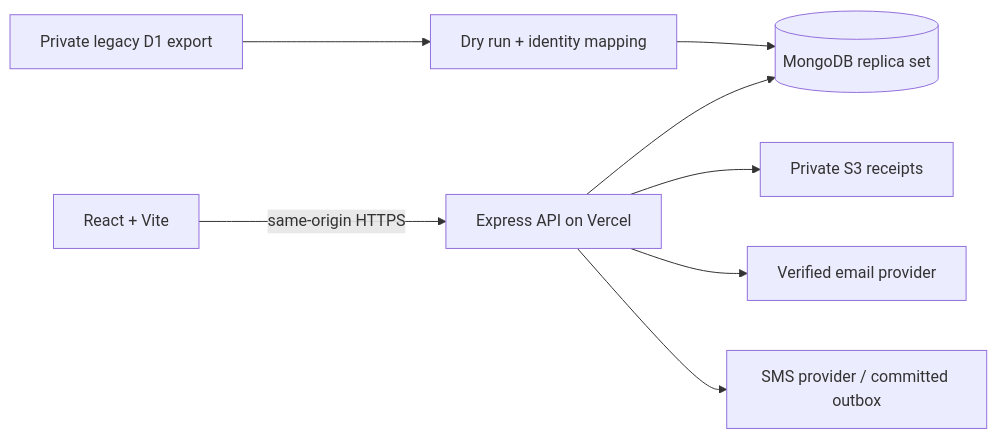
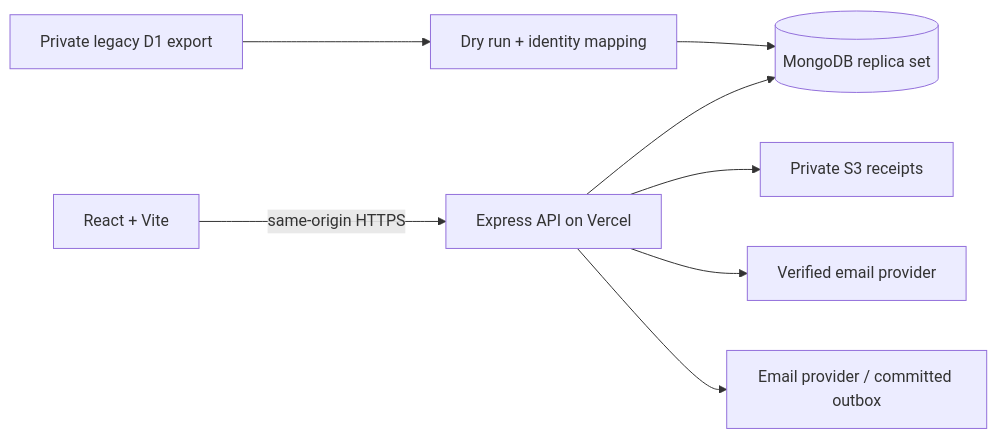
Before and after one commit to Khalid0858/messmate: the diagram in docs/MERN_API.md, drawn with Mermaid. The commit also changed other lines of this file and 13 other files, not shown here.

````diff
--- a/docs/MERN_API.md
+++ b/docs/MERN_API.md
@@ -3,10 +3,10 @@
 ```mermaid
 flowchart LR
   Browser[React + Vite] -->|same-origin HTTPS| API[Express API on Vercel]
   API --> Mongo[(MongoDB replica set)]
   API --> Private[Private S3 receipts]
   API --> Email[Verified email provider]
-  API --> SMS[SMS provider / committed outbox]
+  API --> Mail[Email provider / committed outbox]
   D1[Private legacy D1 export] --> Migration[Dry run + identity mapping]
   Migration --> Mongo
 ```
````
